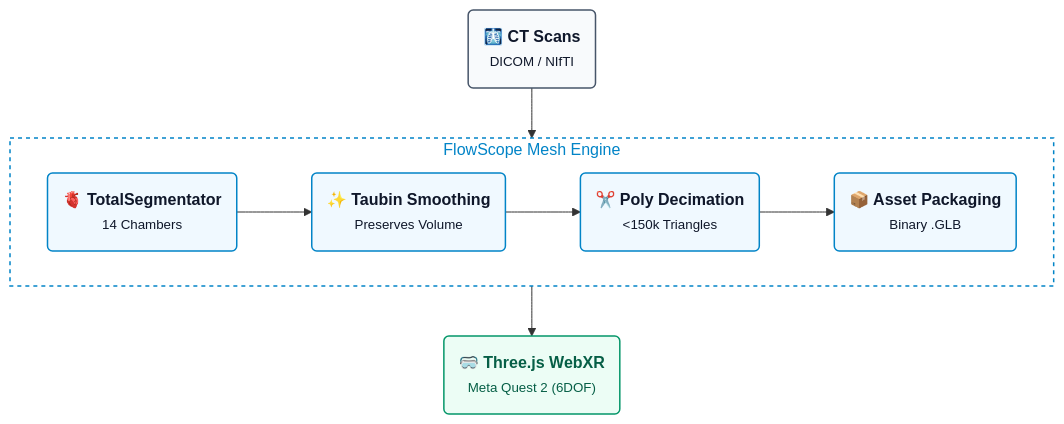
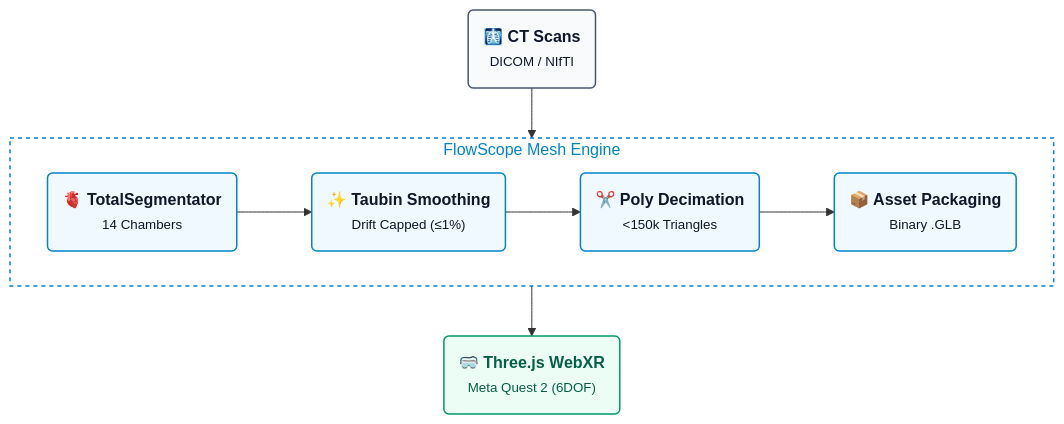
Before and after one commit to HenryGetz/FlowScope: the diagram in README.md, drawn with Mermaid. The commit also changed other lines of this file and 16 other files, not shown here.

First line of the commit message:
Taubin drift handling: per-structure 1% drift cap with iteration ladder

````diff
--- a/README.md
+++ b/README.md
@@ -22,26 +22,26 @@
 ```mermaid
 flowchart TD
     classDef input fill:#f8fafc,stroke:#475569,stroke-width:1.5px,color:#0f172a;
     classDef process fill:#f0f9ff,stroke:#0284c7,stroke-width:1.5px,color:#0f172a;
     classDef output fill:#ecfdf5,stroke:#059669,stroke-width:1.5px,color:#065f46;
 
     scans("<b>🩻 CT Scans</b><br><small>DICOM / NIfTI</small>"):::input
 
     subgraph engine ["&nbsp;FlowScope Mesh Engine&nbsp;"]
         direction LR
         seg("<b>🫀 TotalSegmentator</b><br><small>14 Chambers</small>"):::process
-        smooth("<b>✨ Taubin Smoothing</b><br><small>Preserves Volume</small>"):::process
+        smooth("<b>✨ Taubin Smoothing</b><br><small>Drift Capped (&le;1%)</small>"):::process
         diet("<b>✂️ Poly Decimation</b><br><small>&lt;150k Triangles</small>"):::process
         glb("<b>📦 Asset Packaging</b><br><small>Binary .GLB</small>"):::process
 
         seg --> smooth --> diet --> glb
     end
 
     vr("<b>🥽 Three.js WebXR</b><br><small>Meta Quest 2 (6DOF)</small>"):::output
 
     scans --> engine
     engine --> vr
 
     style engine fill:none,stroke:#0284c7,stroke-width:1.5px,stroke-dasharray: 4 4,color:#0284c7;
 
 ```
````
